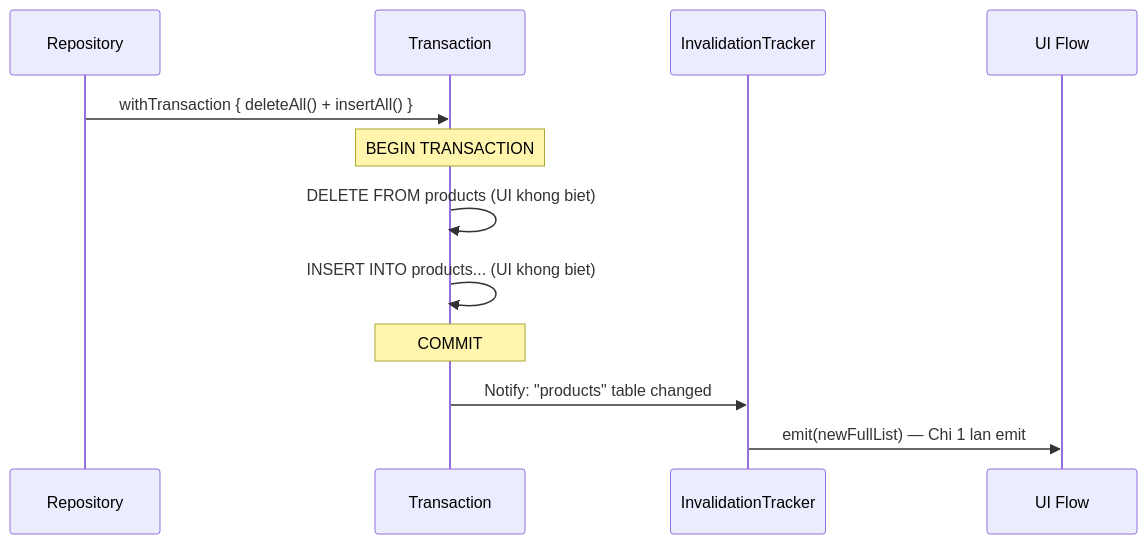
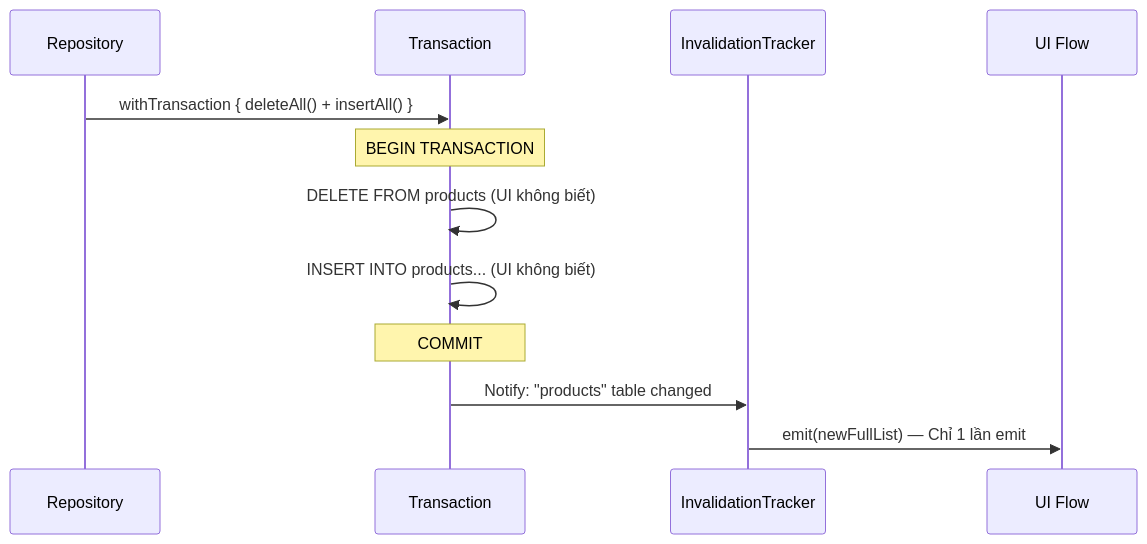
One commit to h1eu/knowledge changed the fourth of 5 diagrams in knowledge/android/docs/session_05/data_store/room_transactions.md. Above: the diagram before and after it, drawn with Mermaid. The commit also changed other lines of this file and 76 other files, not shown here.

First line of the commit message:
docs(android): add Compose Overview, fix S01–S05 facts and diagrams

````diff
--- a/knowledge/android/docs/session_05/data_store/room_transactions.md
+++ b/knowledge/android/docs/session_05/data_store/room_transactions.md
@@ -471,15 +489,15 @@
 ```mermaid
 sequenceDiagram
     participant Repo as Repository
     participant Trans as Transaction
     participant IT as InvalidationTracker
     participant UI as UI Flow
 
     Repo->>Trans: withTransaction { deleteAll() + insertAll() }
     Note over Trans: BEGIN TRANSACTION
-    Trans->>Trans: DELETE FROM products (UI khong biet)
-    Trans->>Trans: INSERT INTO products... (UI khong biet)
+    Trans->>Trans: DELETE FROM products (UI không biết)
+    Trans->>Trans: INSERT INTO products... (UI không biết)
     Note over Trans: COMMIT
     Trans->>IT: Notify: "products" table changed
-    IT->>UI: emit(newFullList) — Chi 1 lan emit
+    IT->>UI: emit(newFullList) — Chỉ 1 lần emit
 ```
````
